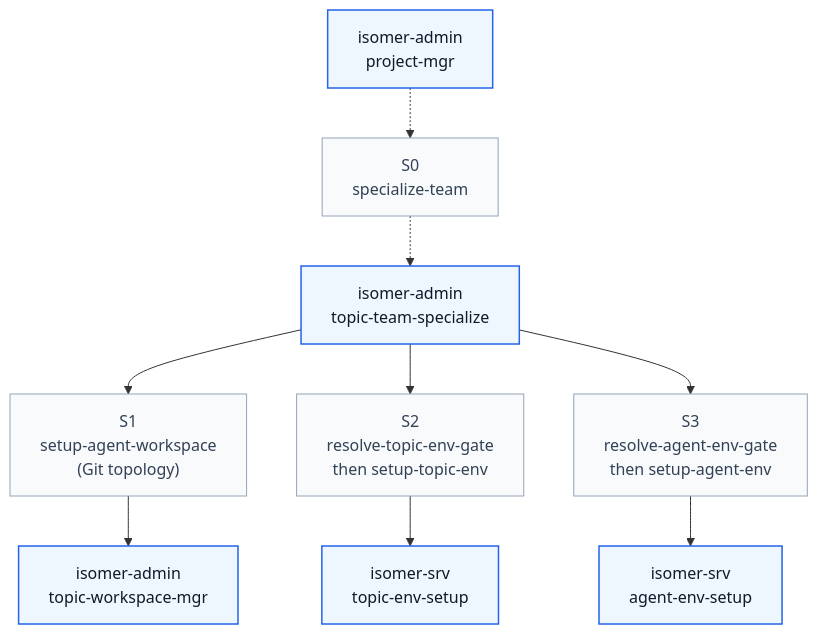
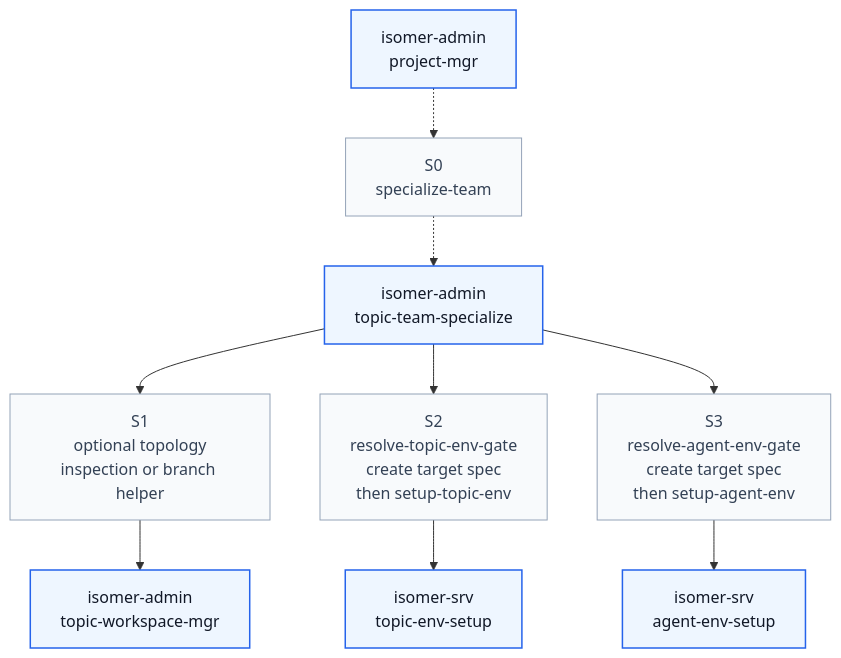
Before and after one commit to CodeGandee/isomer-labs: the second of 2 diagrams in context/design/skill-process/team-specialization.md, drawn with Mermaid. The commit also changed other lines of this file and 79 other files, not shown here.

Commit message:
feat: revise topic main workspace design

````diff
--- a/context/design/skill-process/team-specialization.md
+++ b/context/design/skill-process/team-specialization.md
@@ -60,21 +60,21 @@
 ```mermaid
 flowchart TD
     classDef skill fill:#eef6ff,stroke:#2563eb,stroke-width:1.5px,color:#111827
     classDef route fill:#f8fafc,stroke:#94a3b8,stroke-width:1px,color:#334155
 
     PM["isomer-admin<br/>project-mgr"]:::skill
     TTS["isomer-admin<br/>topic-team-specialize"]:::skill
     TWM["isomer-admin<br/>topic-workspace-mgr"]:::skill
     TENV["isomer-srv<br/>topic-env-setup"]:::skill
     AENV["isomer-srv<br/>agent-env-setup"]:::skill
 
     S0["S0<br/>specialize-team"]:::route
-    S1["S1<br/>setup-agent-workspace<br/>(Git topology)"]:::route
-    S2["S2<br/>resolve-topic-env-gate<br/>then setup-topic-env"]:::route
-    S3["S3<br/>resolve-agent-env-gate<br/>then setup-agent-env"]:::route
+    S1["S1<br/>optional topology<br/>inspection or branch helper"]:::route
+    S2["S2<br/>resolve-topic-env-gate<br/>create target spec<br/>then setup-topic-env"]:::route
+    S3["S3<br/>resolve-agent-env-gate<br/>create target spec<br/>then setup-agent-env"]:::route
 
     PM -.-> S0 -.-> TTS
     TTS --> S1 --> TWM
     TTS --> S2 --> TENV
     TTS --> S3 --> AENV
 ```
````
